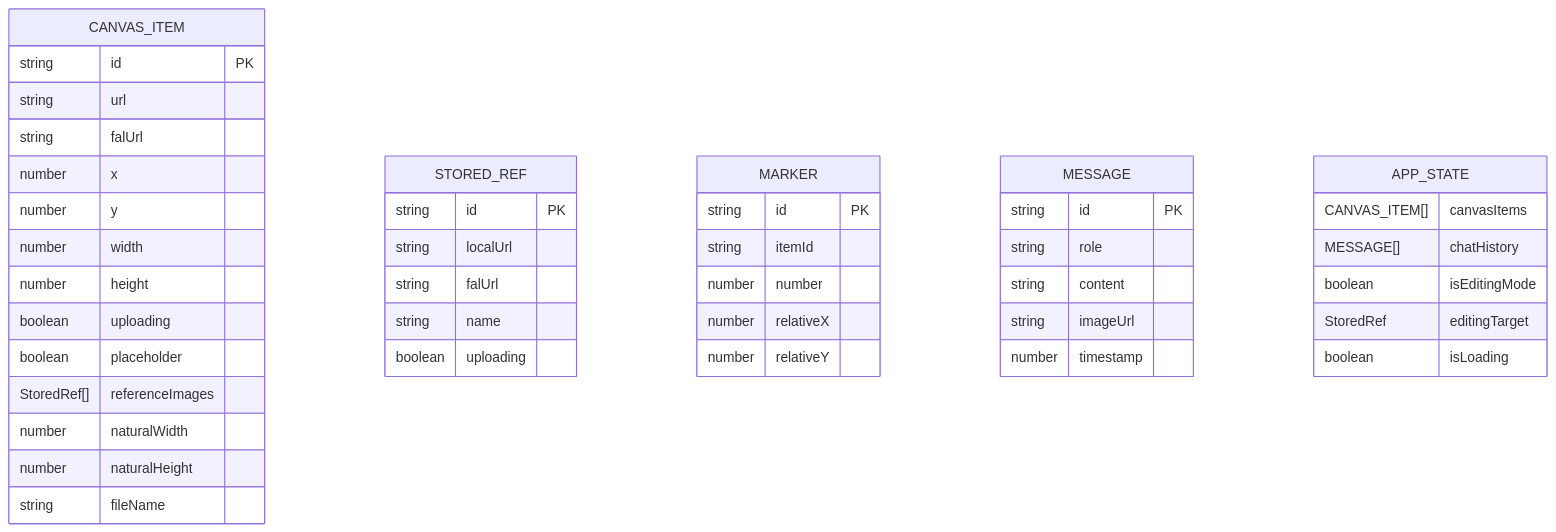
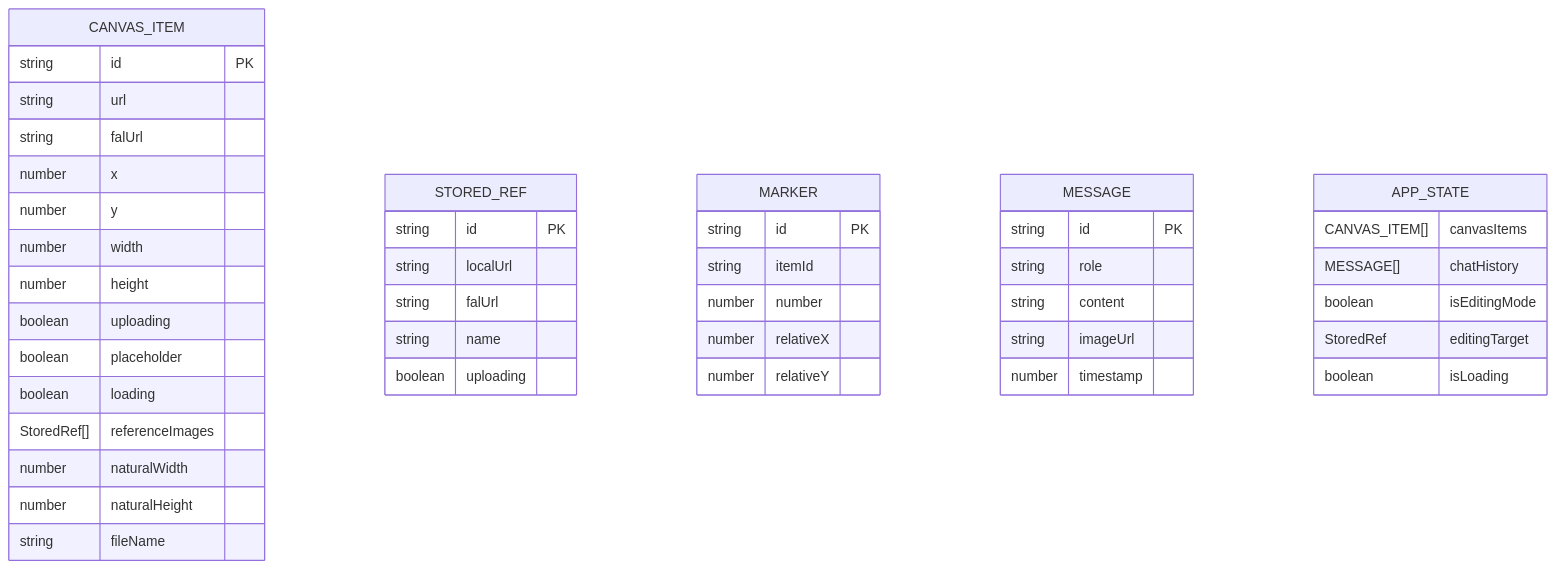
The ninth of 40 diagrams in .qoder/repowiki/zh/content/核心功能模块/画布交互系统.md (billye220670/BananaFlow2), drawn with Mermaid before and after one commit. The commit also changed other lines of this file and 6 other files, not shown here.

````diff
--- a/.qoder/repowiki/zh/content/核心功能模块/画布交互系统.md
+++ b/.qoder/repowiki/zh/content/核心功能模块/画布交互系统.md
@@ -425,46 +438,47 @@
 ```mermaid
 erDiagram
 CANVAS_ITEM {
 string id PK
 string url
 string falUrl
 number x
 number y
 number width
 number height
 boolean uploading
 boolean placeholder
+boolean loading
 StoredRef[] referenceImages
 number naturalWidth
 number naturalHeight
 string fileName
 }
 STORED_REF {
 string id PK
 string localUrl
 string falUrl
 string name
 boolean uploading
 }
 MARKER {
 string id PK
 string itemId
 number number
 number relativeX
 number relativeY
 }
 MESSAGE {
 string id PK
 string role
 string content
 string imageUrl
 number timestamp
 }
 APP_STATE {
 CANVAS_ITEM[] canvasItems
 MESSAGE[] chatHistory
 boolean isEditingMode
 StoredRef editingTarget
 boolean isLoading
 }
 ```
````
